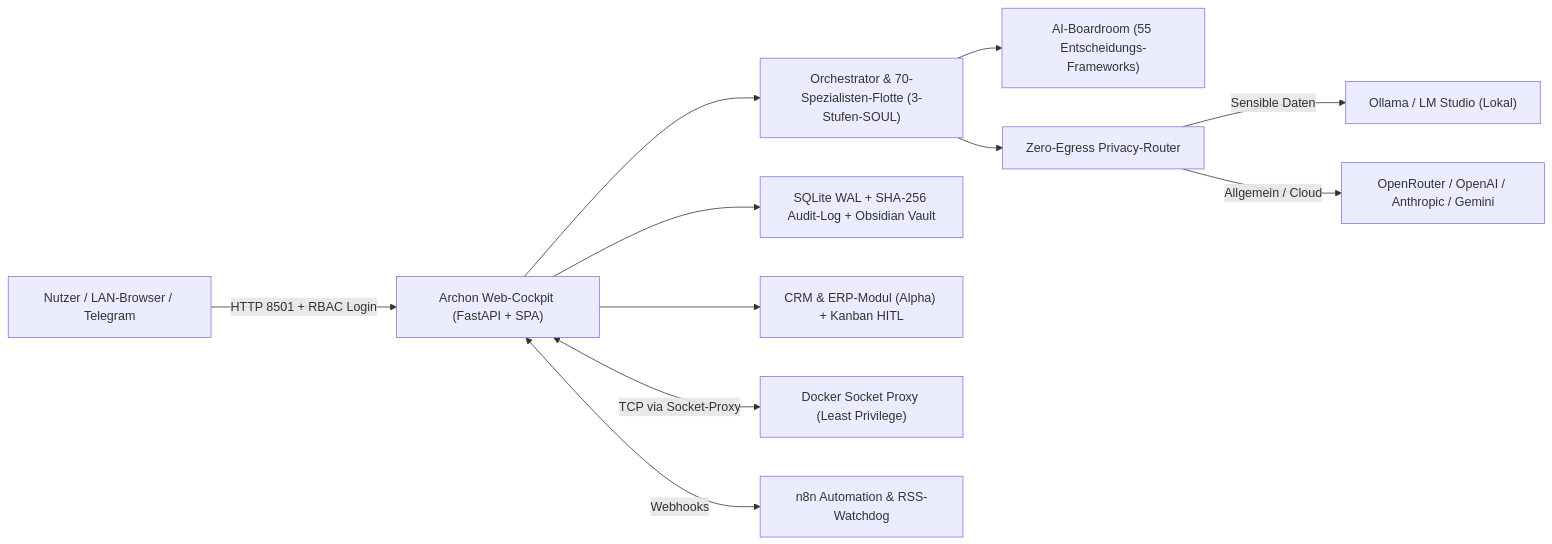
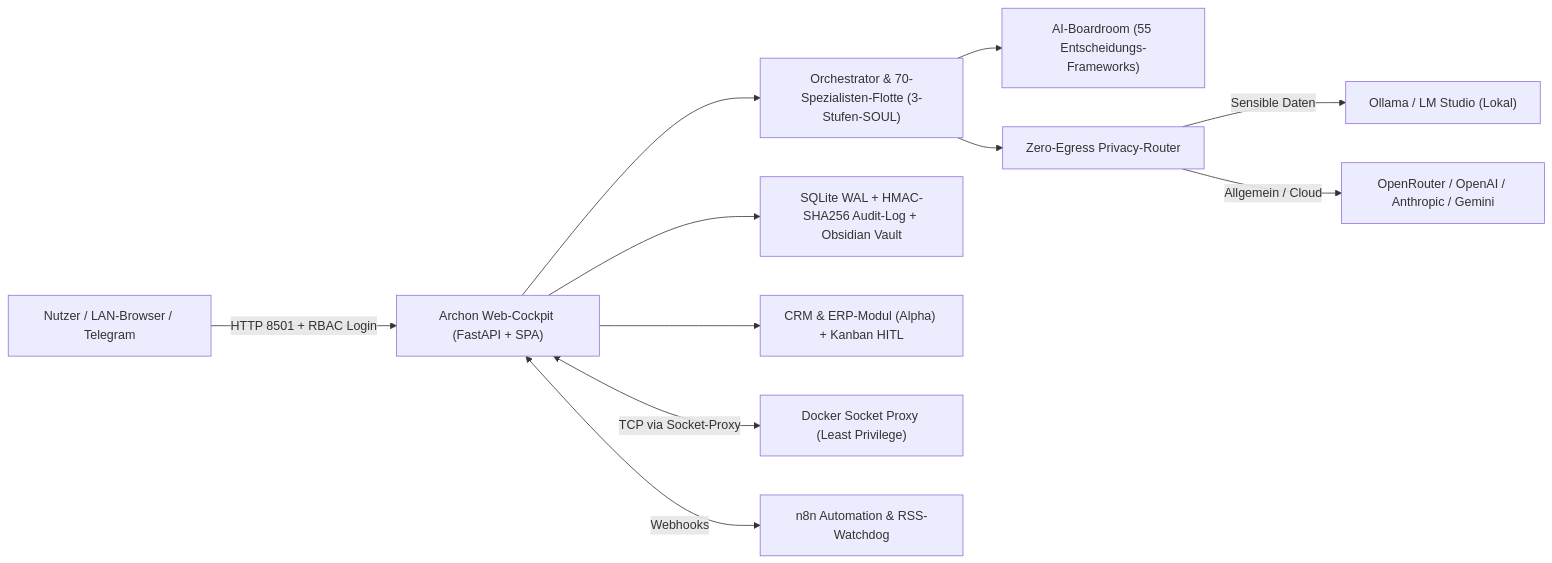
Before and after one commit to michaelbeatman/ARCHON-OS: the diagram in README.de.md, drawn with Mermaid. The commit also changed other lines of this file and 120 other files, not shown here.

````diff
--- a/README.de.md
+++ b/README.de.md
@@ -157,13 +157,13 @@
 ```mermaid
 flowchart LR
     U["Nutzer / LAN-Browser / Telegram"] -->|HTTP 8501 + RBAC Login| UI["Archon Web-Cockpit (FastAPI + SPA)"]
     UI --> OR["Orchestrator & 70-Spezialisten-Flotte (3-Stufen-SOUL)"]
     OR --> BR["AI-Boardroom (55 Entscheidungs-Frameworks)"]
     OR --> PR["Zero-Egress Privacy-Router"]
     PR -->|Sensible Daten| LOC["Ollama / LM Studio (Lokal)"]
     PR -->|Allgemein / Cloud| CLD["OpenRouter / OpenAI / Anthropic / Gemini"]
-    UI --> DB["SQLite WAL + SHA-256 Audit-Log + Obsidian Vault"]
+    UI --> DB["SQLite WAL + HMAC-SHA256 Audit-Log + Obsidian Vault"]
     UI --> ERP["CRM & ERP-Modul (Alpha) + Kanban HITL"]
     UI <-->|TCP via Socket-Proxy| DOC["Docker Socket Proxy (Least Privilege)"]
     UI <-->|Webhooks| N8N["n8n Automation & RSS-Watchdog"]
 ```
````
